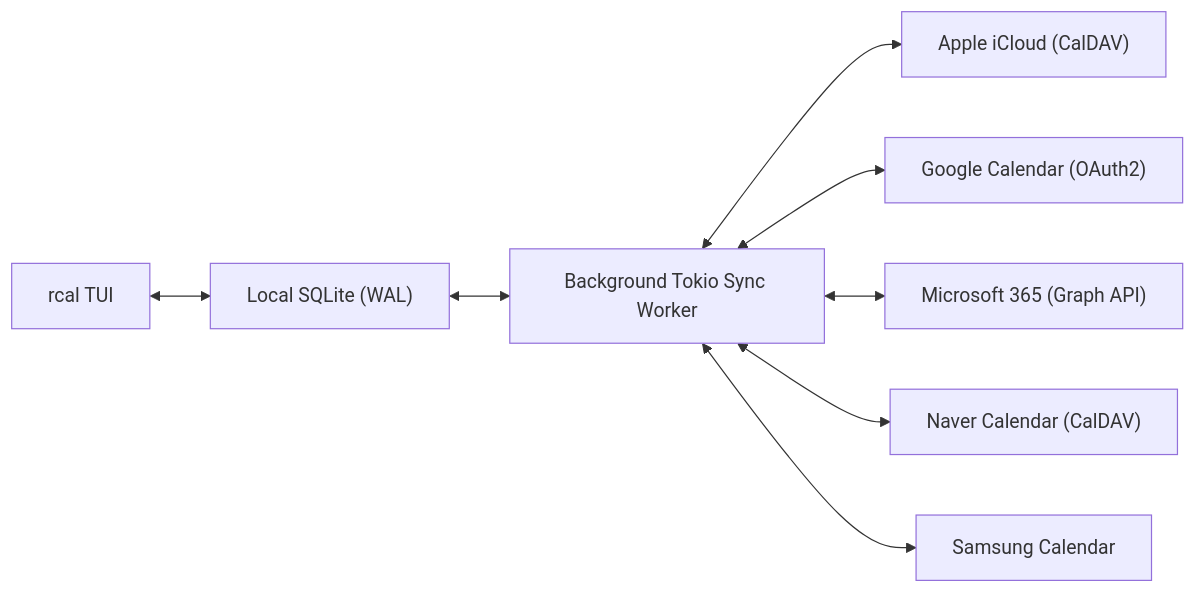
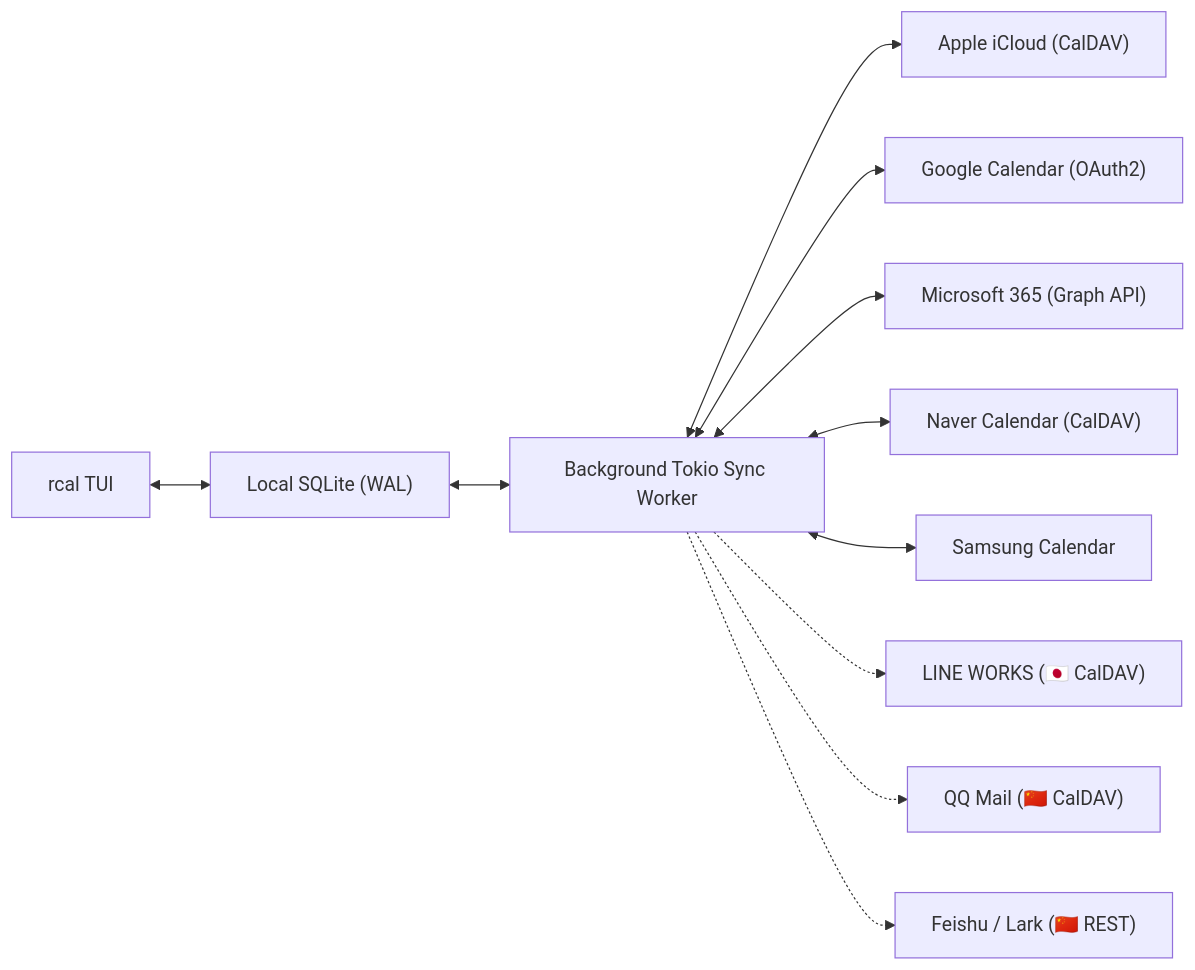
The first of 2 diagrams in README.md (eeyees/rcal), drawn with Mermaid before and after one commit. The commit also changed other lines of this file and 27 other files, not shown here.

First line of the commit message:
feat: OAuth2 browser flow, auto language detection, settings tab navigation, and Asian calendar integration plan

````diff
--- a/README.md
+++ b/README.md
@@ -203,10 +203,13 @@
 ```mermaid
 flowchart LR
     A["rcal TUI"] <--> B["Local SQLite (WAL)"]
     B <--> C["Background Tokio Sync Worker"]
     C <--> D["Apple iCloud (CalDAV)"]
     C <--> E["Google Calendar (OAuth2)"]
     C <--> F["Microsoft 365 (Graph API)"]
     C <--> G["Naver Calendar (CalDAV)"]
     C <--> H["Samsung Calendar"]
+    C -.-> I["LINE WORKS (🇯🇵 CalDAV)"]
+    C -.-> J["QQ Mail (🇨🇳 CalDAV)"]
+    C -.-> K["Feishu / Lark (🇨🇳 REST)"]
 ```
````
